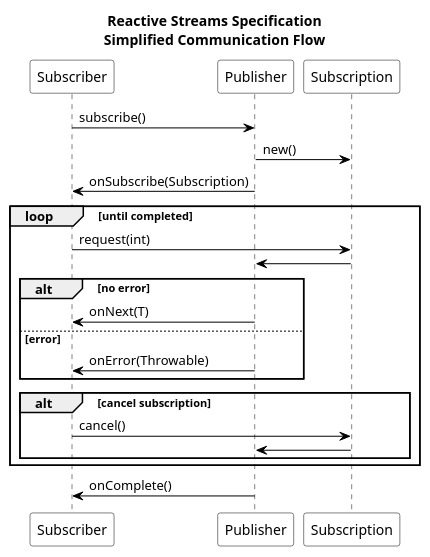
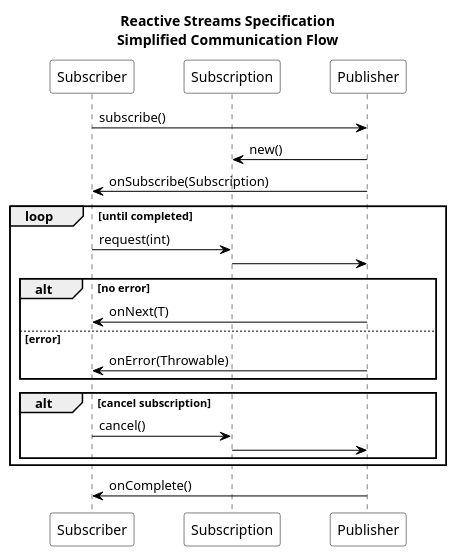
One commit to h2000/java-leipzig-meetup changed the diagram in src/main/adoc/rx2.plantuml. Above: the diagram before and after it, drawn with PlantUML. The commit also changed 13 other files, not shown here.

```diff
--- a/src/main/adoc/rx2.plantuml
+++ b/src/main/adoc/rx2.plantuml
@@ -1,36 +1,41 @@
 @startuml
 
 title Reactive Streams Specification\nSimplified Communication Flow
 'skinparam handwritten true
 skinparam shadowing false
+skinparam ParticipantPadding 20
 
 skinparam sequence {
-ArrowColor black
-ActorBorderColor black
-LifeLineBorderColor black
-LifeLineBackgroundColor black
+    ArrowColor black
+    ActorBorderColor black
+    LifeLineBorderColor black
+    LifeLineBackgroundColor black
 
-ParticipantBorderColor black
-ParticipantBackgroundColor white
-ParticipantFontColor black
+    ParticipantBorderColor black
+    ParticipantBackgroundColor white
+    ParticipantFontColor black
 }
+
+participant Subscriber
+participant Subscription
+participant Publisher
 
 Subscriber -> Publisher : subscribe()
 Publisher -> Subscription : new()
 Publisher -> Subscriber : onSubscribe(Subscription)
 loop until completed
 Subscriber -> Subscription : request(int)
 Subscription -> Publisher
 alt no error
 Publisher -> Subscriber : onNext(T)
 else error
 Publisher -> Subscriber : onError(Throwable)
 end
 
 alt cancel subscription
 Subscriber -> Subscription : cancel()
 Subscription -> Publisher
 end
 end
 Publisher -> Subscriber : onComplete()
 @enduml
```
